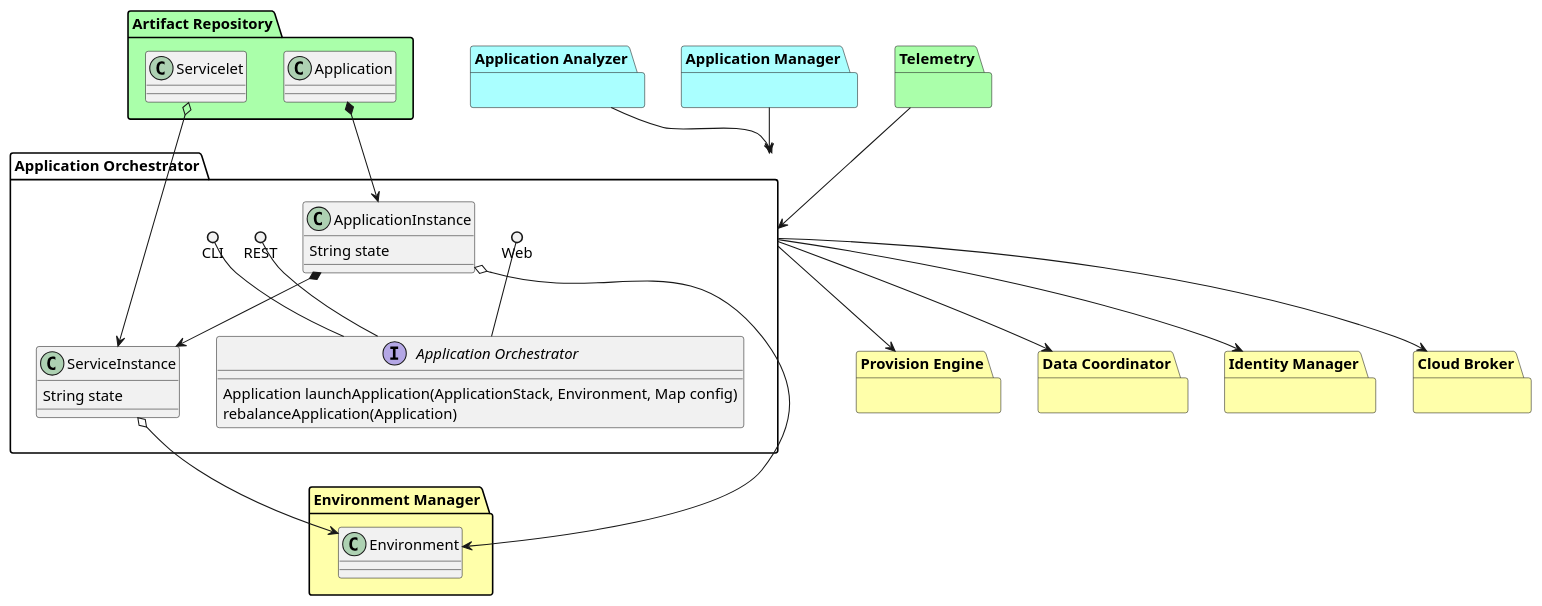
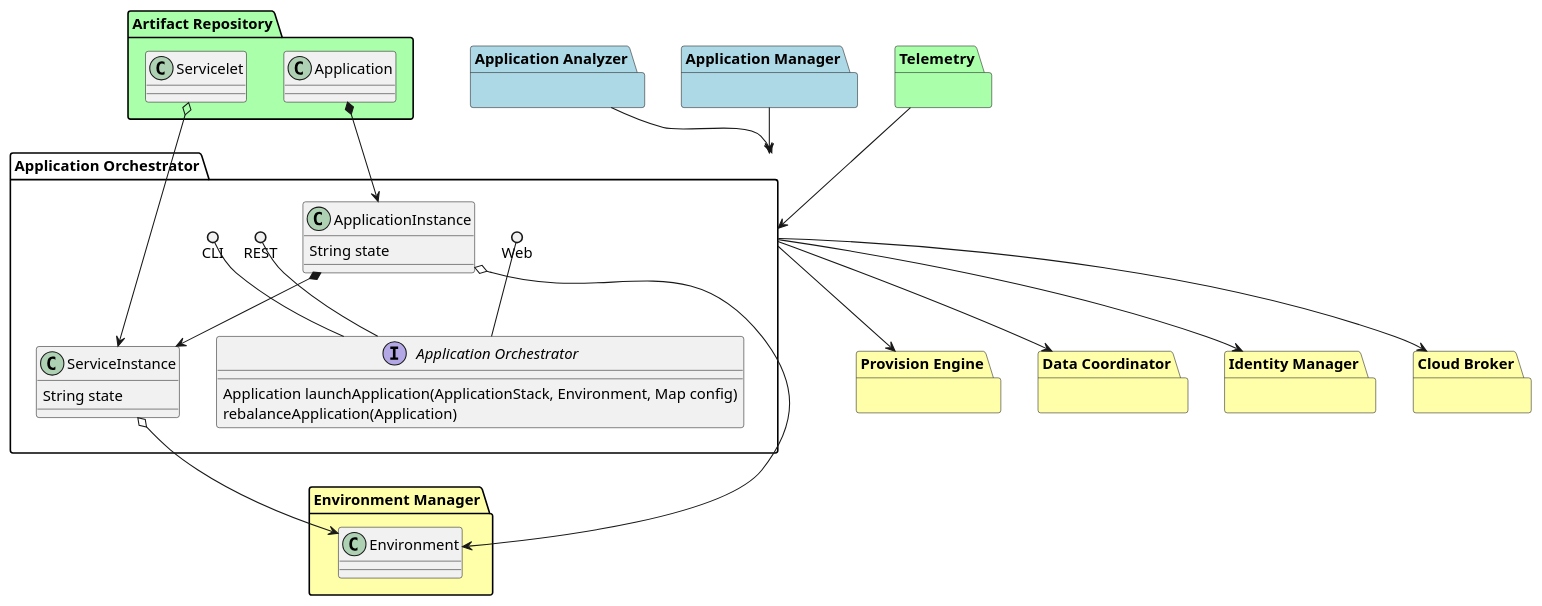
Before and after one commit to CAADE/C3: the diagram in docs/Solution/Application-Orchestrator/Logical.puml, drawn with PlantUML. The commit also changed 23 other files, not shown here.

Commit message:
Updates to High level architecture

```diff
--- a/docs/Solution/Application-Orchestrator/Logical.puml
+++ b/docs/Solution/Application-Orchestrator/Logical.puml
@@ -1,54 +1,54 @@
 @startuml
 
 package "Application Orchestrator" {
 
     interface "Application Orchestrator" {
       Application launchApplication(ApplicationStack, Environment, Map config)
       rebalanceApplication(Application)
     }
     CLI ()-- "Application Orchestrator"
     REST ()-- "Application Orchestrator"
     Web ()-- "Application Orchestrator"
 
   class ApplicationInstance {
     String state
   }
   class ServiceInstance {
     String state
   }
   ApplicationInstance *--> ServiceInstance
 }
 
 package "Cloud Broker"  #ffffaa {}
 package "Provision Engine" #ffffaa {}
 package "Data Coordinator" #ffffaa {}
 package "Telemetry" #aaffaa {}
-package "Application Analyzer" #aaffff {}
-package "Application Manager" #aaffff {}
+package "Application Analyzer" #lightblue {}
+package "Application Manager" #lightblue {}
 package "Identity Manager"  #ffffaa {}
 package "Environment Manager" #ffffaa {
   class Environment {
   }
 }
 package "Artifact Repository"  #aaffaa {
     class Application {
     }
     class Servicelet {
     }
 }
 Application *--> ApplicationInstance
 Servicelet o--> ServiceInstance
 ServiceInstance o--> Environment
 ApplicationInstance o--> Environment
 
 "Application Orchestrator" --> "Identity Manager"
 "Application Orchestrator" --> "Cloud Broker"
 "Application Orchestrator" --> "Provision Engine"
 "Application Orchestrator" --> "Data Coordinator"
 "Telemetry" --> "Application Orchestrator"
 "Application Manager" --> "Application Orchestrator"
 "Application Analyzer" --> "Application Orchestrator"
 
 
 
 @enduml
```
